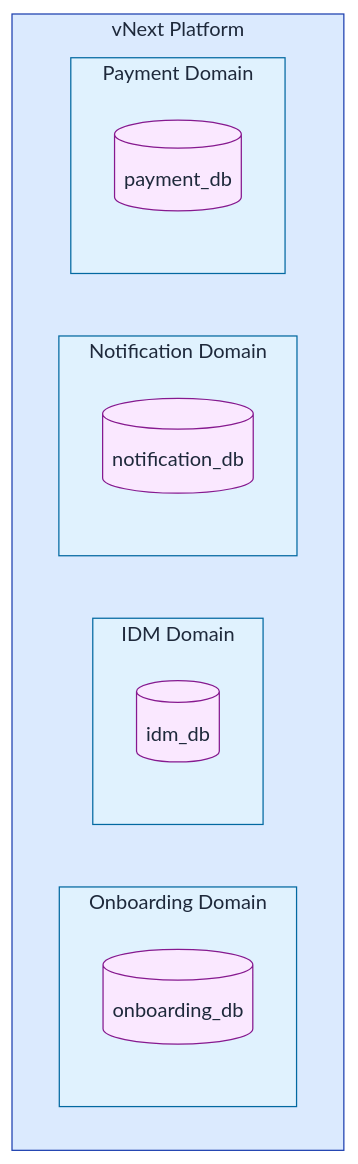
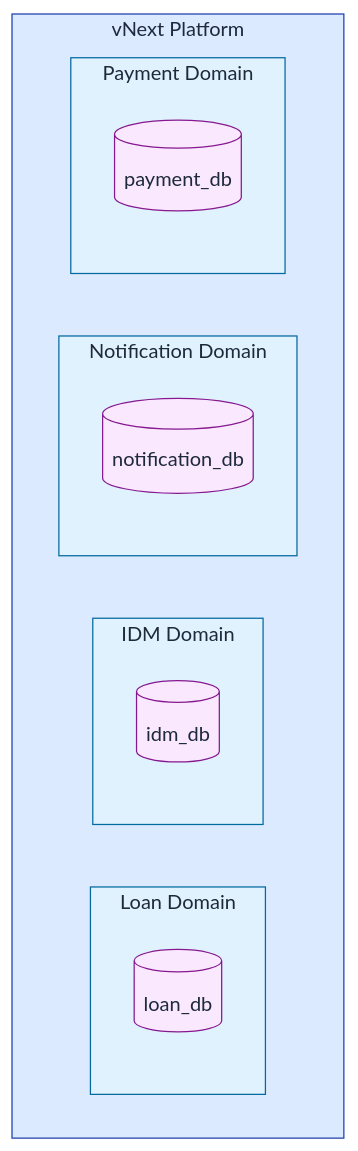
One commit to burgan-tech/vnext-docs changed the first of 6 diagrams in i18n/en/docusaurus-plugin-content-docs-architecture/current/data/database.md. Above: the diagram before and after it, drawn with Mermaid (neutral theme). The commit also changed other lines of this file and 21 other files, not shown here.

````diff
--- a/i18n/en/docusaurus-plugin-content-docs-architecture/current/data/database.md
+++ b/i18n/en/docusaurus-plugin-content-docs-architecture/current/data/database.md
@@ -15,27 +15,27 @@
 ```mermaid
 flowchart TB
   subgraph platform["vNext Platform"]
-    subgraph onb["Onboarding Domain"]
-      onb_db[("onboarding_db")]
+    subgraph onb["Loan Domain"]
+      onb_db[("loan_db")]
     end
     subgraph idm_d["IDM Domain"]
       idm_db[("idm_db")]
     end
     subgraph notif_d["Notification Domain"]
       notif_db[("notification_db")]
     end
     subgraph pay_d["Payment Domain"]
       pay_db[("payment_db")]
     end
   end
 
   style platform fill:#dbeafe,stroke:#1e40af,color:#1e293b
   style onb fill:#e0f2fe,stroke:#0369a1,color:#1e293b
   style idm_d fill:#e0f2fe,stroke:#0369a1,color:#1e293b
   style notif_d fill:#e0f2fe,stroke:#0369a1,color:#1e293b
   style pay_d fill:#e0f2fe,stroke:#0369a1,color:#1e293b
   style onb_db fill:#fae8ff,stroke:#86198f,color:#1e293b
   style idm_db fill:#fae8ff,stroke:#86198f,color:#1e293b
   style notif_db fill:#fae8ff,stroke:#86198f,color:#1e293b
   style pay_db fill:#fae8ff,stroke:#86198f,color:#1e293b
 ```
````
